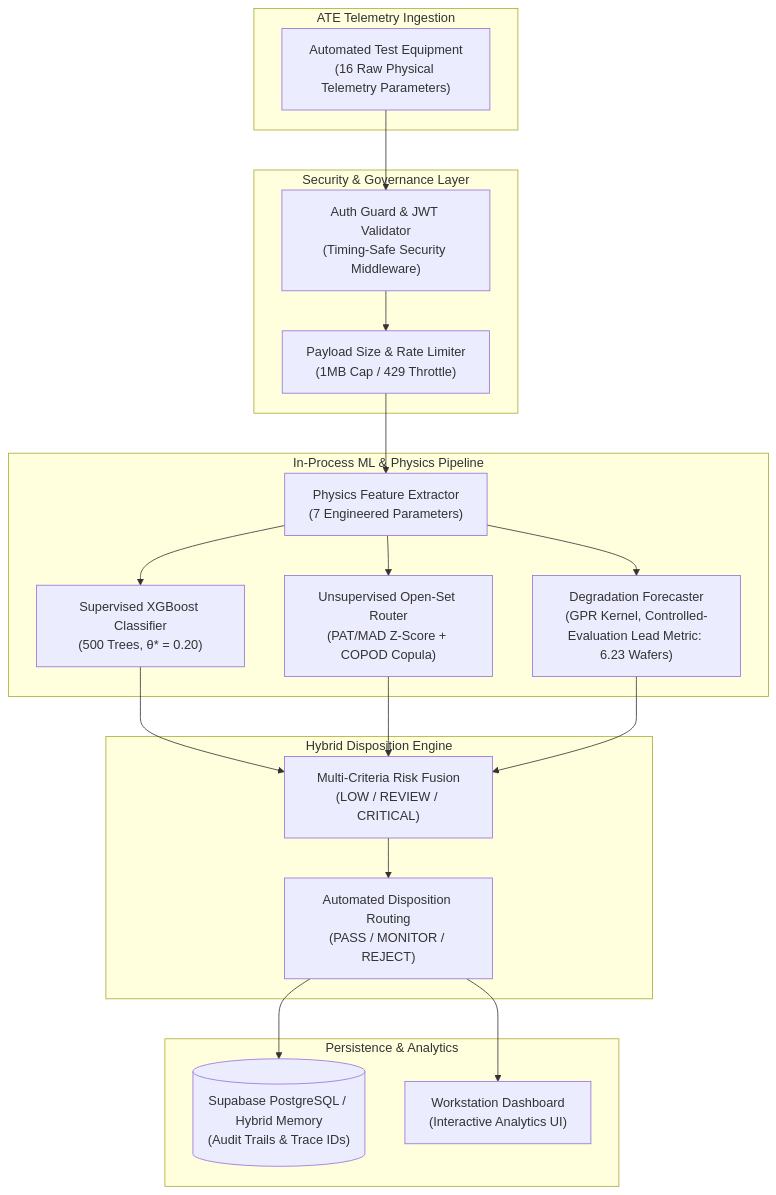
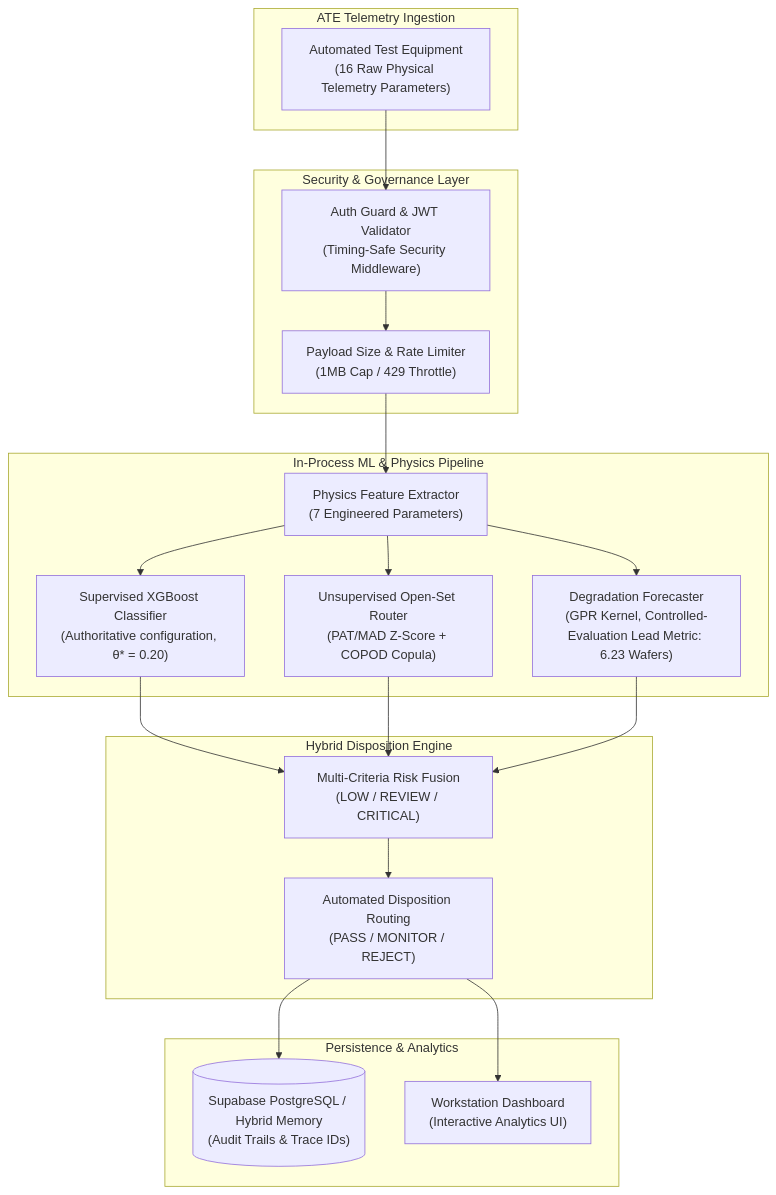
The diagram in README.md (umeshpandeysh/predicta-26), drawn with Mermaid before and after one commit.

Commit message:
docs: remove stale XGBoost tree-count claims and align README with authoritative training

````diff
--- a/README.md
+++ b/README.md
@@ -37,33 +37,33 @@
 ```mermaid
 flowchart TD
     subgraph Input ["ATE Telemetry Ingestion"]
         ATE["Automated Test Equipment<br/>(16 Raw Physical Telemetry Parameters)"]
     end
 
     subgraph Security ["Security & Governance Layer"]
         AUTH["Auth Guard & JWT Validator<br/>(Timing-Safe Security Middleware)"]
         CAP["Payload Size & Rate Limiter<br/>(1MB Cap / 429 Throttle)"]
     end
 
     subgraph Core ["In-Process ML & Physics Pipeline"]
         FE["Physics Feature Extractor<br/>(7 Engineered Parameters)"]
-        SGT["Supervised XGBoost Classifier<br/>(500 Trees, θ* = 0.20)"]
+        SGT["Supervised XGBoost Classifier<br/>(Authoritative configuration, θ* = 0.20)"]
         OPEN["Unsupervised Open-Set Router<br/>(PAT/MAD Z-Score + COPOD Copula)"]
         GPR["Degradation Forecaster<br/>(GPR Kernel, Controlled-Evaluation Lead Metric: 6.23 Wafers)"]
     end
 
     subgraph Decision ["Hybrid Disposition Engine"]
         RISK["Multi-Criteria Risk Fusion<br/>(LOW / REVIEW / CRITICAL)"]
         DISP["Automated Disposition Routing<br/>(PASS / MONITOR / REJECT)"]
     end
 
     subgraph Store ["Persistence & Analytics"]
         DB[("Supabase PostgreSQL / Hybrid Memory<br/>(Audit Trails & Trace IDs)")]
         DASH["Workstation Dashboard<br/>(Interactive Analytics UI)"]
     end
 
     ATE --> AUTH --> CAP --> FE
     FE --> SGT & OPEN & GPR
     SGT & OPEN & GPR --> RISK --> DISP
     DISP --> DB & DASH
 ```
````
